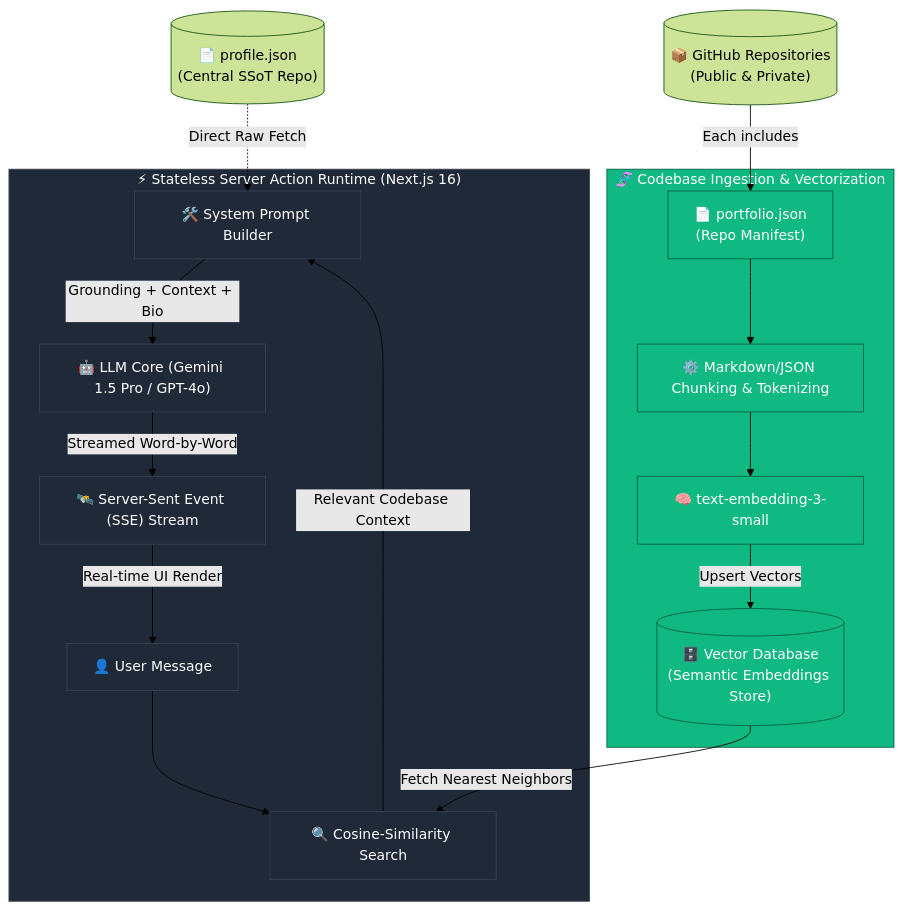
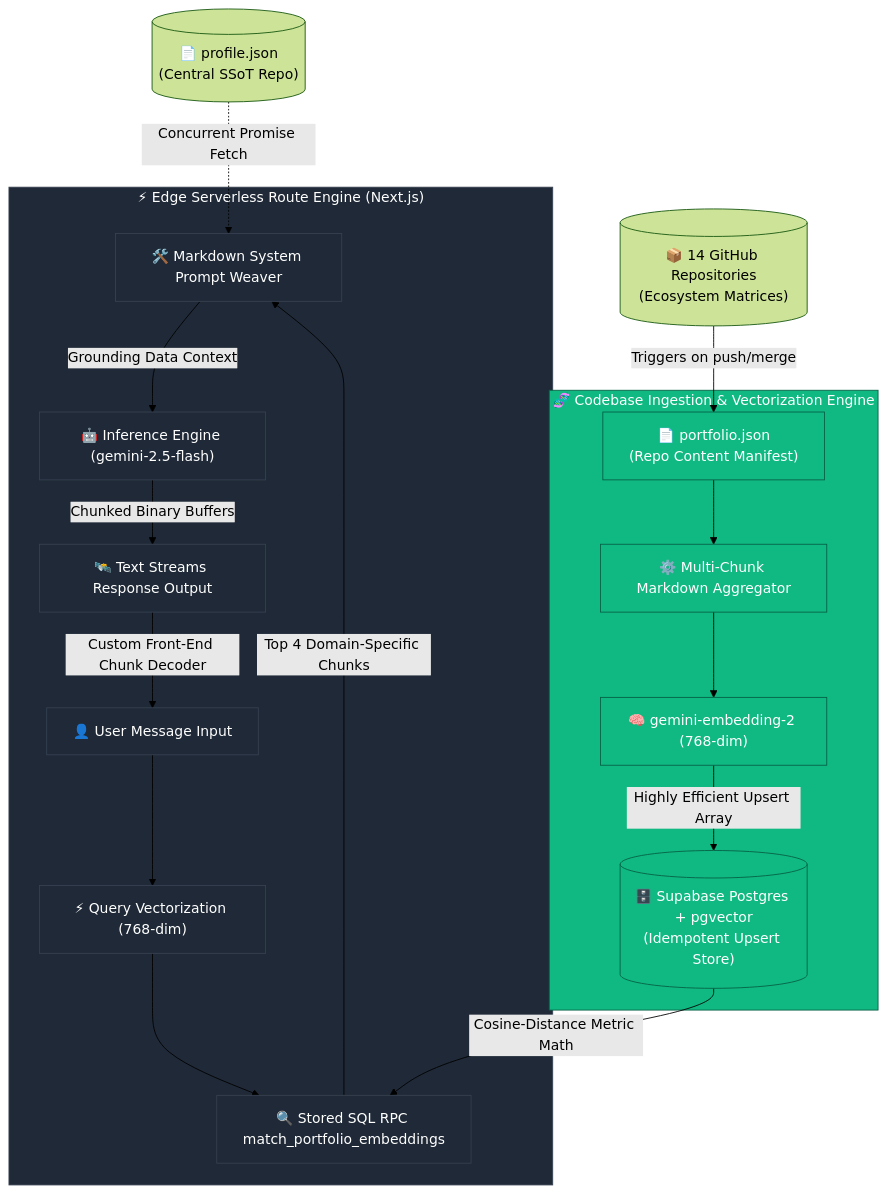
Before and after one commit to HoodieYlya13/ylya-bot: the diagram in README.md, drawn with Mermaid (forest theme). The commit also changed other lines of this file and 4 other files, not shown here.

````diff
--- a/README.md
+++ b/README.md
@@ -25,45 +25,47 @@
 ```mermaid
 flowchart TD
     %% Core Inputs
     ProfileJSON[("📄 profile.json<br>(Central SSoT Repo)")]
-    Repos[("📦 GitHub Repositories<br>(Public & Private)")]
-    
+    Repos[("📦 14 GitHub Repositories<br>(Ecosystem Matrices)")]
+
     %% Ingestion Pipeline
-    subgraph IngestionPipeline ["🧬 Codebase Ingestion & Vectorization"]
-        PortJSON["📄 portfolio.json<br>(Repo Manifest)"]
-        Parser["⚙️ Markdown/JSON Chunking & Tokenizing"]
-        Embedder["🧠 text-embedding-3-small"]
-        VectorDB[("🗄️ Vector Database<br>(Semantic Embeddings Store)")]
+    subgraph IngestionPipeline ["🧬 Codebase Ingestion & Vectorization Engine"]
+        PortJSON["📄 portfolio.json<br>(Repo Content Manifest)"]
+        Parser["⚙️ Multi-Chunk Markdown Aggregator"]
+        Embedder["🧠 gemini-embedding-2 (768-dim)"]
+        VectorDB[("🗄️ Supabase Postgres + pgvector<br>(Idempotent Upsert Store)")]
     end
-    
+
     %% Runtime Query Flow
-    subgraph Runtime ["⚡ Stateless Server Action Runtime (Next.js 16)"]
-        UserQuery["👤 User Message"]
-        SemanticSearch["🔍 Cosine-Similarity Search"]
-        SysPrompt["🛠️ System Prompt Builder"]
-        LLM["🤖 LLM Core (Gemini 1.5 Pro / GPT-4o)"]
-        StreamResponse["🛰️ Server-Sent Event (SSE) Stream"]
+    subgraph Runtime ["⚡ Edge Serverless Route Engine (Next.js)"]
+        UserQuery["👤 User Message Input"]
+        QueryEmbed["⚡ Query Vectorization (768-dim)"]
+        SemanticSearch["🔍 Stored SQL RPC match_portfolio_embeddings"]
+        SysPrompt["🛠️ Markdown System Prompt Weaver"]
+        LLM["🤖 Inference Engine (gemini-2.5-flash)"]
+        StreamResponse["🛰️ Text Streams Response Output"]
     end
 
     %% Flow Connections
-    ProfileJSON -.->|Direct Raw Fetch| SysPrompt
-    Repos -->|Each includes| PortJSON
+    ProfileJSON -.->|Concurrent Promise Fetch| SysPrompt
+    Repos -->|Triggers on push/merge| PortJSON
     PortJSON --> Parser
     Parser --> Embedder
-    Embedder -->|Upsert Vectors| VectorDB
+    Embedder -->|Highly Efficient Upsert Array| VectorDB
 
-    UserQuery --> SemanticSearch
-    VectorDB -->|Fetch Nearest Neighbors| SemanticSearch
-    SemanticSearch -->|Relevant Codebase Context| SysPrompt
-    SysPrompt -->|Grounding + Context + Bio| LLM
-    LLM -->|Streamed Word-by-Word| StreamResponse
-    StreamResponse -->|Real-time UI Render| UserQuery
+    UserQuery --> QueryEmbed
+    QueryEmbed --> SemanticSearch
+    VectorDB -->|Cosine-Distance Metric Math| SemanticSearch
+    SemanticSearch -->|Top 4 Domain-Specific Chunks| SysPrompt
+    SysPrompt -->|Grounding Data Context| LLM
+    LLM -->|Chunked Binary Buffers| StreamResponse
+    StreamResponse -->|Custom Front-End Chunk Decoder| UserQuery
 
     %% Styling
     classDef main fill:#6366f1,stroke:#312e81,stroke-width:2px,color:#fff;
     classDef runtime fill:#1f2937,stroke:#374151,stroke-width:1px,color:#fff;
     classDef ingest fill:#10b981,stroke:#065f46,stroke-width:1px,color:#fff;
     class SSoT main;
     class IngestionPipeline,PortJSON,Parser,Embedder,VectorDB ingest;
-    class Runtime,UserQuery,SemanticSearch,SysPrompt,LLM,StreamResponse runtime;
+    class Runtime,UserQuery,QueryEmbed,SemanticSearch,SysPrompt,LLM,StreamResponse runtime;
 ```
````
